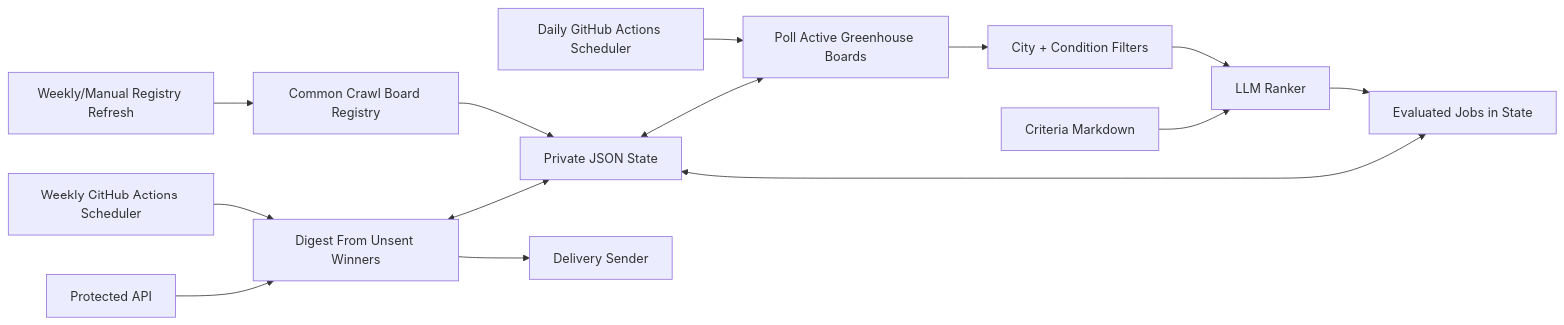
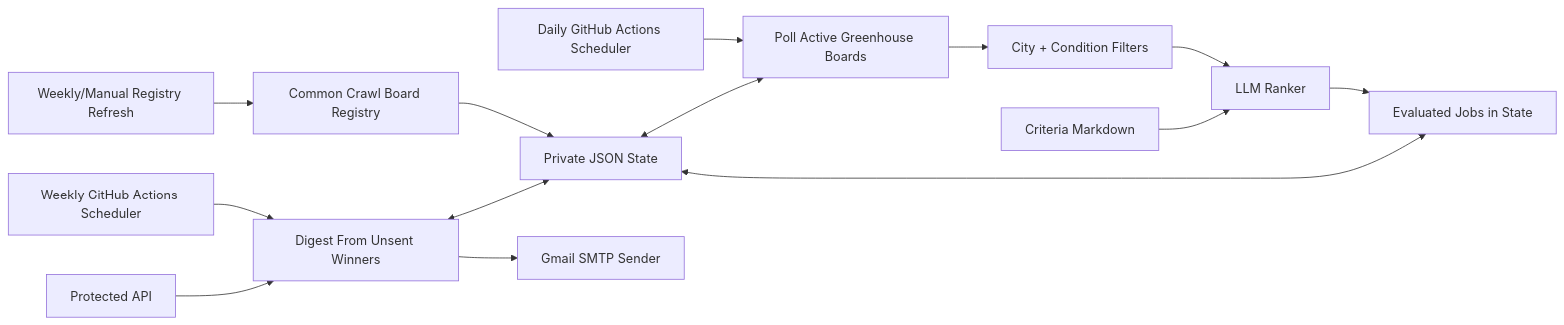
The diagram in README.md (GarrettAudet/schwarzman-opportunity-radar), drawn with Mermaid before and after one commit. The commit also changed other lines of this file, not shown here.

Commit message:
Focus README on Gmail Groups delivery

````diff
--- a/README.md
+++ b/README.md
@@ -41,16 +41,16 @@
 ```mermaid
 flowchart LR
     A[Weekly/Manual Registry Refresh] --> B[Common Crawl Board Registry]
     B --> C[Private JSON State]
     D[Daily GitHub Actions Scheduler] --> E[Poll Active Greenhouse Boards]
     C <--> E
     E --> F[City + Condition Filters]
     F --> G[LLM Ranker]
     G --> H[Evaluated Jobs in State]
     H <--> C
     I[Weekly GitHub Actions Scheduler] --> J[Digest From Unsent Winners]
     J <--> C
-    J --> K[Delivery Sender]
+    J --> K[Gmail SMTP Sender]
     L[Protected API] --> J
     M[Criteria Markdown] --> G
 ```
````
